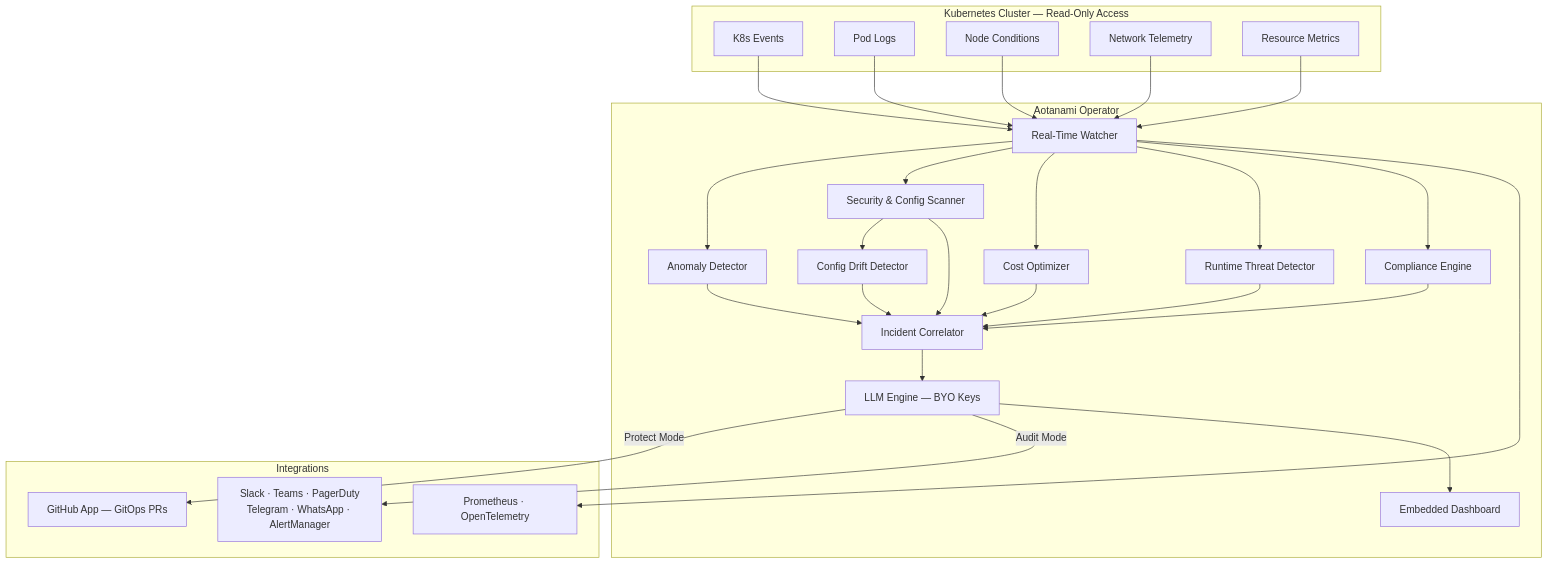
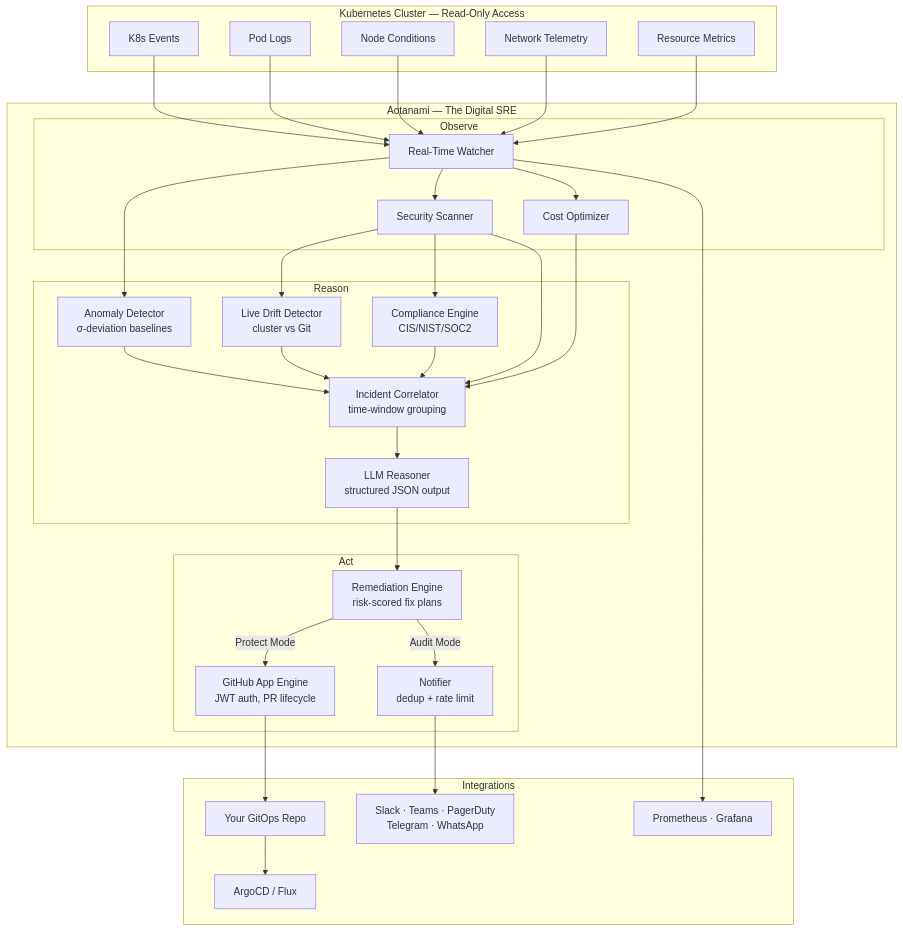
The second of 2 diagrams in README.md (aotanami/aotanami), drawn with Mermaid before and after one commit. The commit also changed other lines of this file and 49 other files, not shown here.

Commit message:
feat: Add GitHub integration and enhance GitOps repository management with new source and discovery mechanisms.

````diff
--- a/README.md
+++ b/README.md
@@ -54,39 +88,50 @@
 ```mermaid
 graph TB
     subgraph "Kubernetes Cluster — Read-Only Access"
         Events[K8s Events]
         Logs[Pod Logs]
         Nodes[Node Conditions]
         Net[Network Telemetry]
         Metrics[Resource Metrics]
     end
 
-    subgraph "Aotanami Operator"
-        Watcher[Real-Time Watcher]
-        Scanner[Security & Config Scanner]
-        Compliance[Compliance Engine]
-        CostEng[Cost Optimizer]
-        AnomalyDet[Anomaly Detector]
-        Threat[Runtime Threat Detector]
-        DriftDet[Config Drift Detector]
-        Correlator[Incident Correlator]
-        LLM[LLM Engine — BYO Keys]
-        Dashboard[Embedded Dashboard]
+    subgraph "Aotanami — The Digital SRE"
+        subgraph "Observe"
+            Watcher[Real-Time Watcher]
+            Scanner[Security Scanner]
+            CostEng[Cost Optimizer]
+        end
+        subgraph "Reason"
+            AnomalyDet[Anomaly Detector<br/>σ-deviation baselines]
+            Correlator[Incident Correlator<br/>time-window grouping]
+            Compliance[Compliance Engine<br/>CIS/NIST/SOC2]
+            DriftDet[Live Drift Detector<br/>cluster vs Git]
+            LLM[LLM Reasoner<br/>structured JSON output]
+        end
+        subgraph "Act"
+            Remediation[Remediation Engine<br/>risk-scored fix plans]
+            GitOps[GitHub App Engine<br/>JWT auth, PR lifecycle]
+            Notify[Notifier<br/>dedup + rate limit]
+        end
     end
 
     subgraph "Integrations"
-        GitOps[GitHub App — GitOps PRs]
-        Alerts[Slack · Teams · PagerDuty<br/>Telegram · WhatsApp · AlertManager]
-        Prom[Prometheus · OpenTelemetry]
+        GitRepo[Your GitOps Repo]
+        Alerts[Slack · Teams · PagerDuty<br/>Telegram · WhatsApp]
+        Prom[Prometheus · Grafana]
+        ArgoFlux[ArgoCD / Flux]
     end
 
     Events & Logs & Nodes & Net & Metrics --> Watcher
-    Watcher --> AnomalyDet & Scanner & CostEng & Threat & Compliance
-    Scanner --> DriftDet
-    AnomalyDet & Scanner & CostEng & Threat & Compliance & DriftDet --> Correlator
+    Watcher --> AnomalyDet & Scanner & CostEng
+    Scanner --> DriftDet & Compliance
+    AnomalyDet & Scanner & CostEng & DriftDet & Compliance --> Correlator
     Correlator --> LLM
-    LLM -->|Protect Mode| GitOps
-    LLM -->|Audit Mode| Alerts
-    LLM --> Dashboard
+    LLM --> Remediation
+    Remediation -->|Protect Mode| GitOps
+    Remediation -->|Audit Mode| Notify
+    GitOps --> GitRepo
+    GitRepo --> ArgoFlux
+    Notify --> Alerts
     Watcher --> Prom
 ```
````
